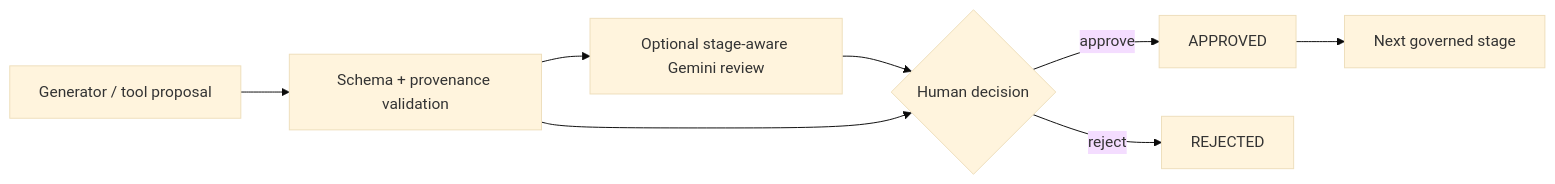
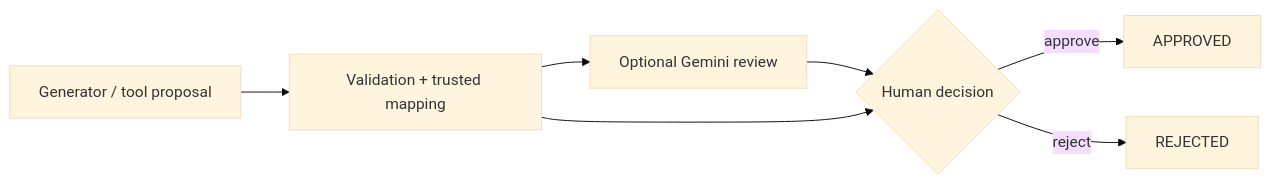
One commit to amin076/tital changed the second of 4 diagrams in docs/architecture/workflow-architecture.md. Above: the diagram before and after it, drawn with Mermaid (base theme). The commit also changed other lines of this file, not shown here.

Commit message:
docs: update workflow architecture for governed repair

````diff
--- a/docs/architecture/workflow-architecture.md
+++ b/docs/architecture/workflow-architecture.md
@@ -57,15 +54,15 @@
 ```mermaid
 graph LR
     G[Generator / tool proposal]
-    V[Schema + provenance validation]
-    AI[Optional stage-aware Gemini review]
+    V[Validation + trusted mapping]
+    AI[Optional Gemini review]
     H{Human decision}
     OK[APPROVED]
     NO[REJECTED]
-    NX[Next governed stage]
 
-    G --> V --> AI --> H
+    G --> V
+    V --> AI --> H
     V --> H
-    H -->|approve| OK --> NX
+    H -->|approve| OK
     H -->|reject| NO
 ```
````
